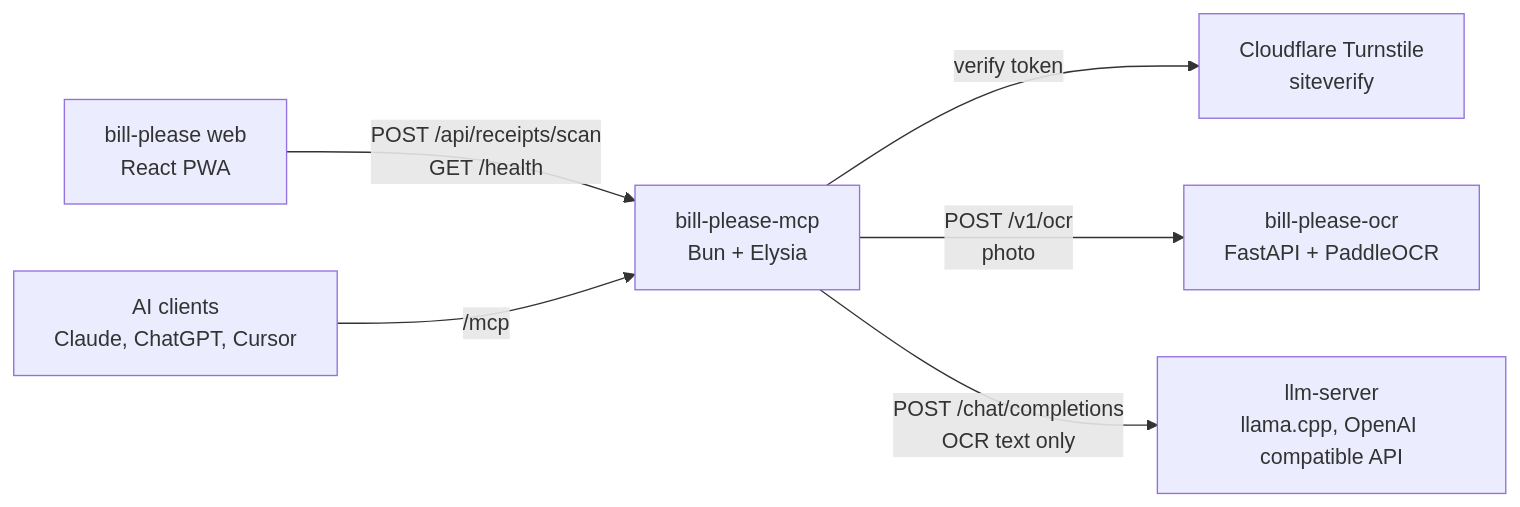
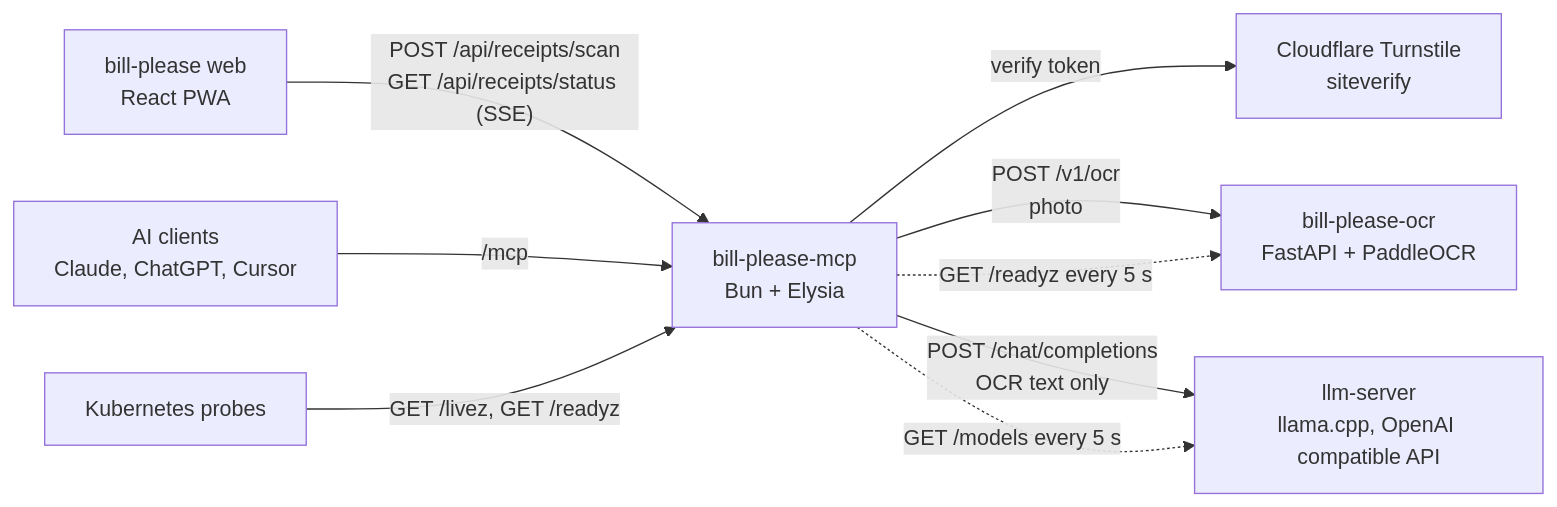
Before and after one commit to chatreejs/bill-please-api: the diagram in README.md, drawn with Mermaid. The commit also changed other lines of this file and 3 other files, not shown here.

First line of the commit message:
docs: reword health comments and show the probes in the readme diagram

````diff
--- a/README.md
+++ b/README.md
@@ -19,15 +21,19 @@
 ```mermaid
 flowchart LR
     web["bill-please web<br/>React PWA"]
     ai["AI clients<br/>Claude, ChatGPT, Cursor"]
     mcp["bill-please-mcp<br/>Bun + Elysia"]
     turnstile["Cloudflare Turnstile<br/>siteverify"]
     ocr["bill-please-ocr<br/>FastAPI + PaddleOCR"]
     llm["llm-server<br/>llama.cpp, OpenAI compatible API"]
+    kube["Kubernetes probes"]
 
-    web -- "POST /api/receipts/scan<br/>GET /health" --> mcp
+    web -- "POST /api/receipts/scan<br/>GET /api/receipts/status (SSE)" --> mcp
     ai -- "/mcp" --> mcp
+    kube -- "GET /livez, GET /readyz" --> mcp
     mcp -- "verify token" --> turnstile
     mcp -- "POST /v1/ocr<br/>photo" --> ocr
     mcp -- "POST /chat/completions<br/>OCR text only" --> llm
+    mcp -. "GET /readyz every 5 s" .-> ocr
+    mcp -. "GET /models every 5 s" .-> llm
 ```
````
